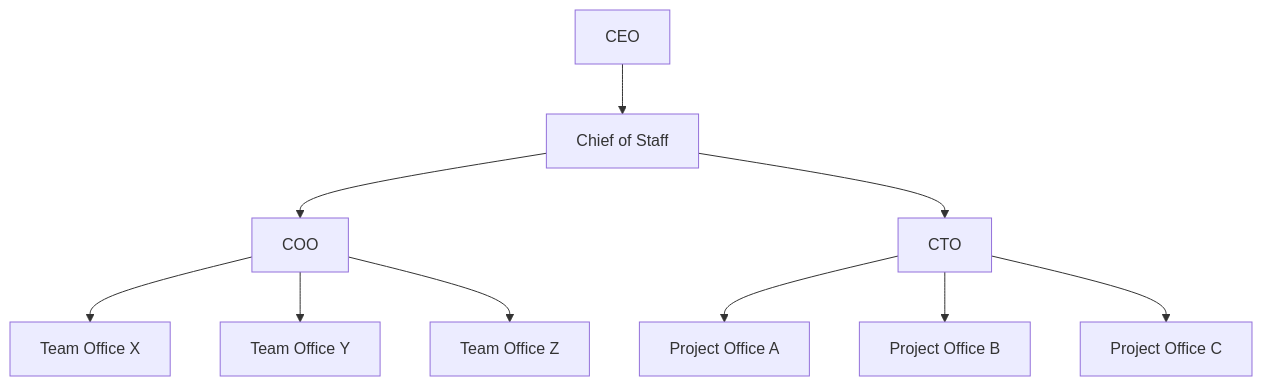
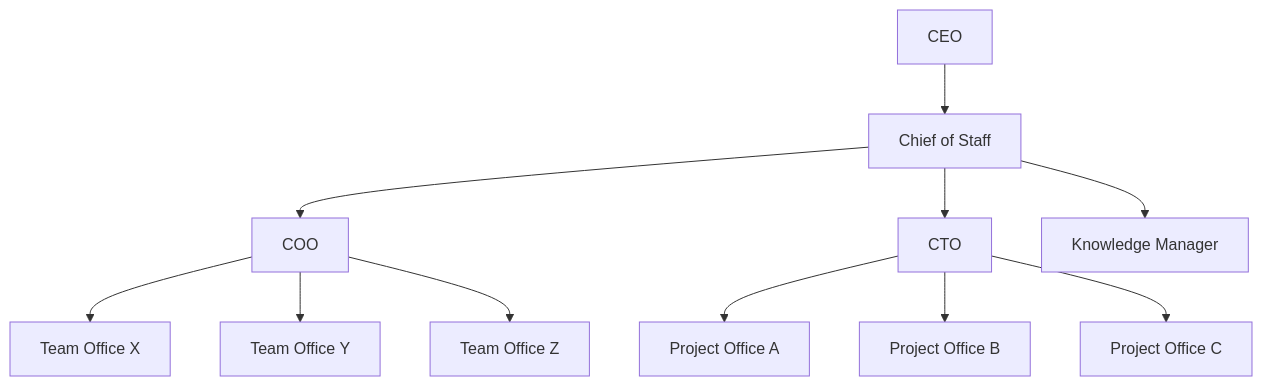
The second of 2 diagrams in docs/architecture.md (chemistrywow31/grok-team), drawn with Mermaid before and after one commit. The commit also changed other lines of this file and 29 other files, not shown here.

First line of the commit message:
Add Knowledge Manager and a stable search interface

````diff
--- a/docs/architecture.md
+++ b/docs/architecture.md
@@ -45,22 +49,24 @@
 ```mermaid
 flowchart TD
   ceo[CEO]
   cos[Chief of Staff]
   coo[COO]
   cto[CTO]
   pa[Project Office A]
   pb[Project Office B]
   pc[Project Office C]
   tx[Team Office X]
   ty[Team Office Y]
   tz[Team Office Z]
+  km[Knowledge Manager]
   ceo --> cos
   cos --> coo
   cos --> cto
+  cos --> km
   cto --> pa
   cto --> pb
   cto --> pc
   coo --> tx
   coo --> ty
   coo --> tz
 ```
````
